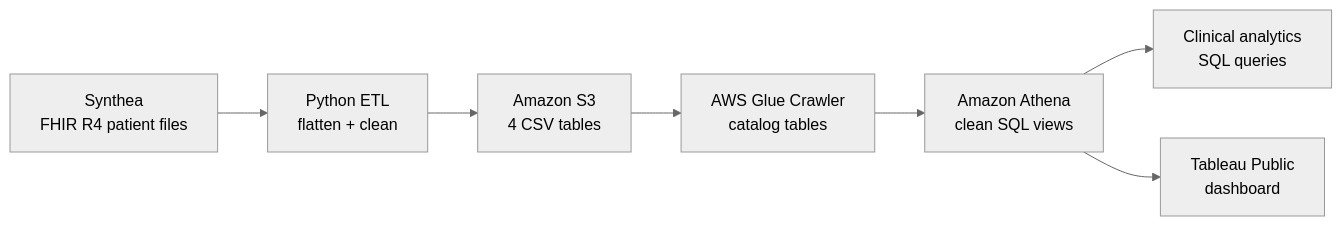
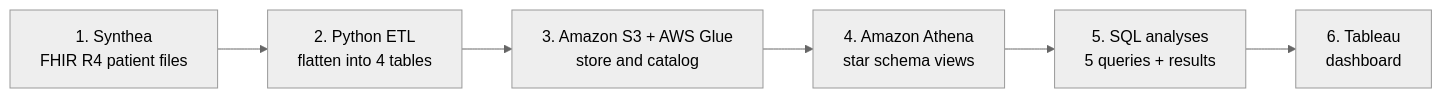
The diagram in README.md (SriramSrinivasan1/Healthcare-AWS-Cloud), drawn with Mermaid (neutral theme) before and after one commit. The commit also changed other lines of this file, not shown here.

````diff
--- a/README.md
+++ b/README.md
@@ -36,9 +39,8 @@
 ```mermaid
 flowchart LR
-    A[Synthea<br/>FHIR R4 patient files] --> B[Python ETL<br/>flatten + clean]
-    B --> C[Amazon S3<br/>4 CSV tables]
-    C --> D[AWS Glue Crawler<br/>catalog tables]
-    D --> E[Amazon Athena<br/>clean SQL views]
-    E --> F[Clinical analytics<br/>SQL queries]
-    E --> G[Tableau Public<br/>dashboard]
+    A[1. Synthea<br/>FHIR R4 patient files] --> B[2. Python ETL<br/>flatten into 4 tables]
+    B --> C[3. Amazon S3 + AWS Glue<br/>store and catalog]
+    C --> D[4. Amazon Athena<br/>star schema views]
+    D --> E[5. SQL analyses<br/>5 queries + results]
+    E --> F[6. Tableau<br/>dashboard]
 ```
````
